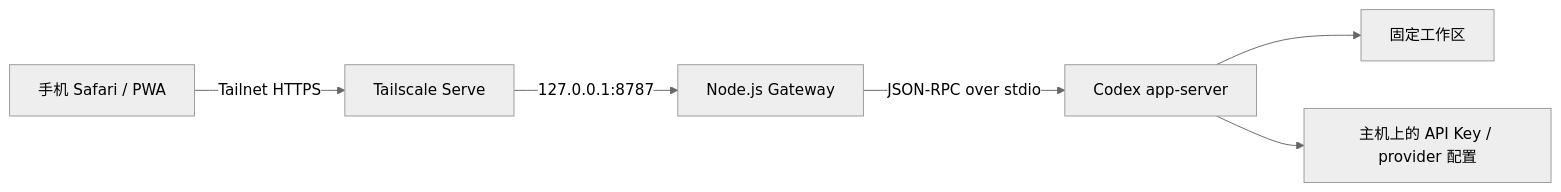
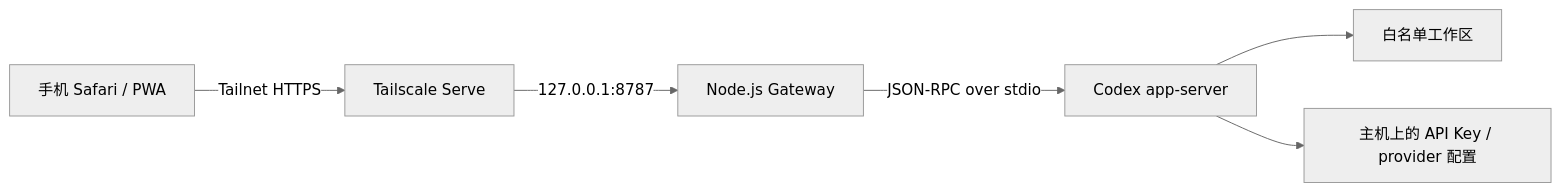
The diagram in README.md (davids1896/Codex-Mobile), drawn with Mermaid (neutral theme) before and after one commit. The commit also changed other lines of this file and 13 other files, not shown here.

````diff
--- a/README.md
+++ b/README.md
@@ -22,8 +24,8 @@
 ```mermaid
 flowchart LR
     P["手机 Safari / PWA"] -->|"Tailnet HTTPS"| T["Tailscale Serve"]
     T -->|"127.0.0.1:8787"| G["Node.js Gateway"]
     G -->|"JSON-RPC over stdio"| C["Codex app-server"]
-    C --> W["固定工作区"]
+    C --> W["白名单工作区"]
     C --> A["主机上的 API Key / provider 配置"]
 ```
````
